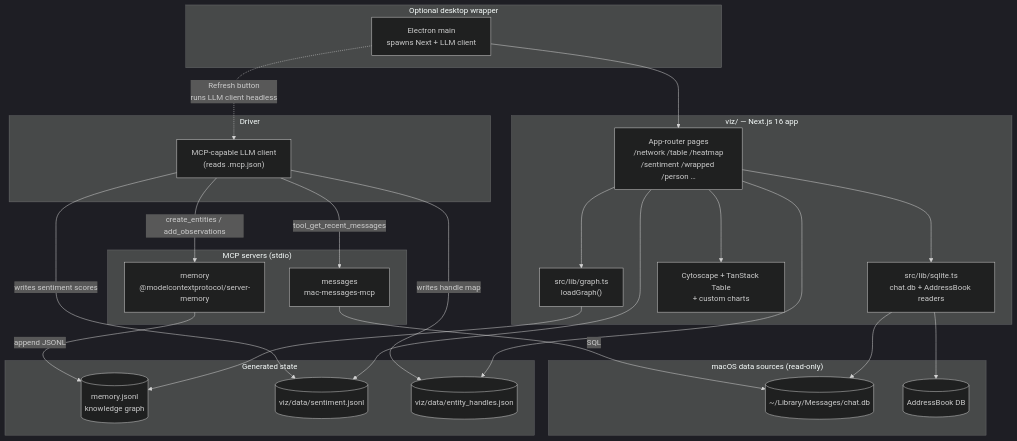
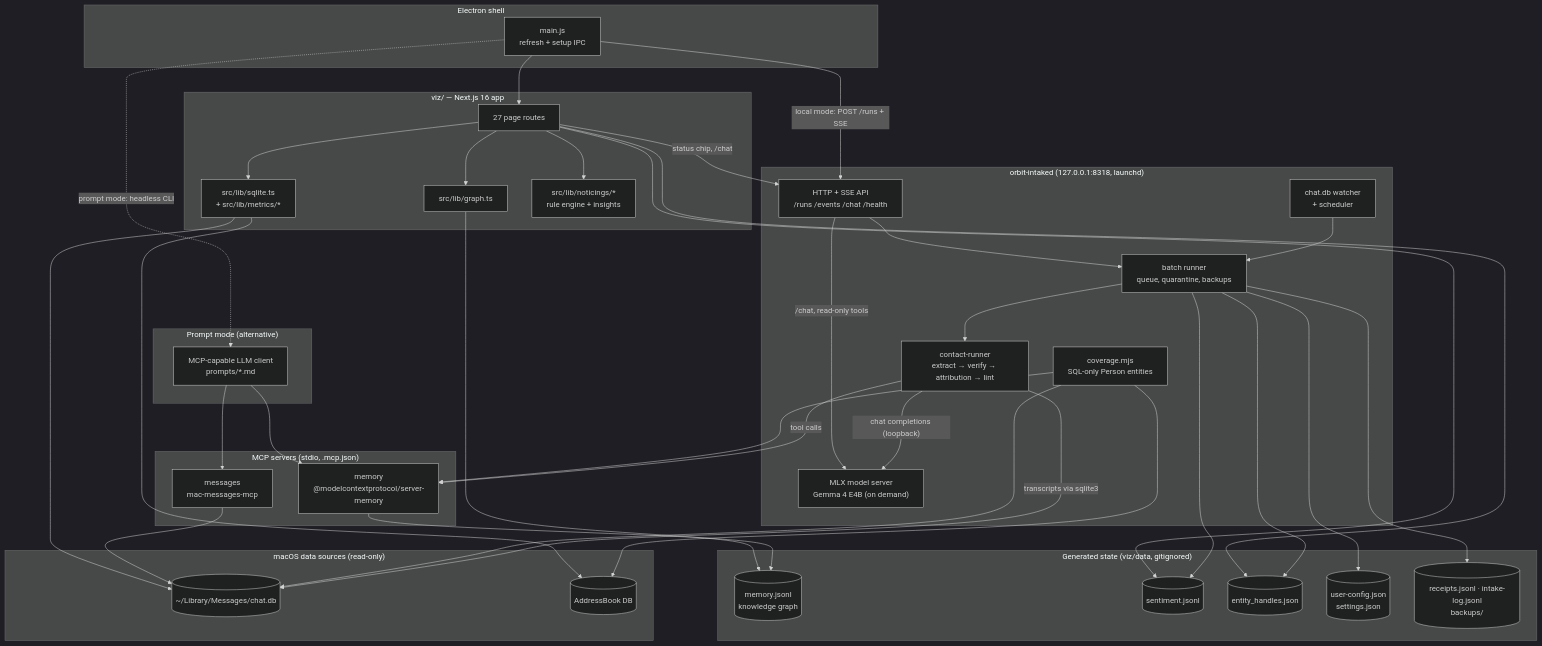
The diagram in public/data/portfolio/Orbit/architecture.md (Technical-1/All-About-Me), drawn with Mermaid (dark theme) before and after one commit. The commit also changed other lines of this file and 63 other files, not shown here.

````diff
--- a/public/data/portfolio/Orbit/architecture.md
+++ b/public/data/portfolio/Orbit/architecture.md
@@ -5,52 +5,77 @@
 ```mermaid
 flowchart TD
-    subgraph User["Driver"]
-        Agent["MCP-capable LLM client<br/>(reads .mcp.json)"]
-    end
-
     subgraph macOS["macOS data sources (read-only)"]
         ChatDB[("~/Library/Messages/chat.db")]
         AddrBook[("AddressBook DB")]
     end
 
-    subgraph MCP["MCP servers (stdio)"]
+    subgraph MCP["MCP servers (stdio, .mcp.json)"]
         Messages["messages<br/>mac-messages-mcp"]
         Memory["memory<br/>@modelcontextprotocol/server-memory"]
     end
 
-    subgraph Storage["Generated state"]
+    subgraph Daemon["orbit-intaked (127.0.0.1:8318, launchd)"]
+        Watch["chat.db watcher<br/>+ scheduler"]
+        Batch["batch runner<br/>queue, quarantine, backups"]
+        Runner["contact-runner<br/>extract → verify → attribution → lint"]
+        Coverage["coverage.mjs<br/>SQL-only Person entities"]
+        API["HTTP + SSE API<br/>/runs /events /chat /health"]
+        MLX["MLX model server<br/>Gemma 4 E4B (on demand)"]
+    end
+
+    subgraph Prompt["Prompt mode (alternative)"]
+        Client["MCP-capable LLM client<br/>prompts/*.md"]
+    end
+
+    subgraph Storage["Generated state (viz/data, gitignored)"]
         MemFile[("memory.jsonl<br/>knowledge graph")]
-        SentFile[("viz/data/sentiment.jsonl")]
-        HandlesFile[("viz/data/entity_handles.json")]
+        SentFile[("sentiment.jsonl")]
+        Handles[("entity_handles.json")]
+        Cfg[("user-config.json<br/>settings.json")]
+        Audit[("receipts.jsonl · intake-log.jsonl<br/>backups/")]
     end
 
     subgraph Viz["viz/ — Next.js 16 app"]
-        Loader["src/lib/graph.ts<br/>loadGraph()"]
-        SQL["src/lib/sqlite.ts<br/>chat.db + AddressBook readers"]
-        Pages["App-router pages<br/>/network /table /heatmap<br/>/sentiment /wrapped /person …"]
-        UI["Cytoscape + TanStack Table<br/>+ custom charts"]
+        Loader["src/lib/graph.ts"]
+        SQL["src/lib/sqlite.ts<br/>+ src/lib/metrics/*"]
+        Rules["src/lib/noticings/*<br/>rule engine + insights"]
+        Pages["27 page routes"]
     end
 
-    subgraph Desktop["Optional desktop wrapper"]
-        Electron["Electron main<br/>spawns Next + LLM client"]
+    subgraph Desktop["Electron shell"]
+        Main["main.js<br/>refresh + setup IPC"]
     end
 
-    Agent -- "tool_get_recent_messages" --> Messages
-    Agent -- "create_entities / add_observations" --> Memory
-    Messages -- "SQL" --> ChatDB
-    Memory -- "append JSONL" --> MemFile
-    Agent -- "writes sentiment scores" --> SentFile
-    Agent -- "writes handle map" --> HandlesFile
+    Watch --> Batch --> Runner
+    Runner -- "chat completions (loopback)" --> MLX
+    Runner -- "tool calls" --> Memory
+    Runner -- "transcripts via sqlite3" --> ChatDB
+    Coverage --> ChatDB
+    Coverage --> AddrBook
+    Coverage --> Memory
+    Batch --> SentFile
+    Batch --> Handles
+    Batch --> Audit
+    Batch --> Cfg
+    API --> Batch
+    API -- "/chat, read-only tools" --> MLX
+    Memory --> MemFile
+
+    Client --> Messages
+    Client --> Memory
+    Messages --> ChatDB
 
     Loader --> MemFile
     SQL --> ChatDB
     SQL --> AddrBook
     Pages --> Loader
     Pages --> SQL
+    Pages --> Rules
     Pages --> SentFile
-    Pages --> HandlesFile
-    Pages --> UI
+    Pages --> Handles
+    Pages -- "status chip, /chat" --> API
 
-    Electron --> Pages
-    Electron -. "Refresh button<br/>runs LLM client headless" .-> Agent
+    Main --> Pages
+    Main -- "local mode: POST /runs + SSE" --> API
+    Main -. "prompt mode: headless CLI" .-> Client
 ```
````
